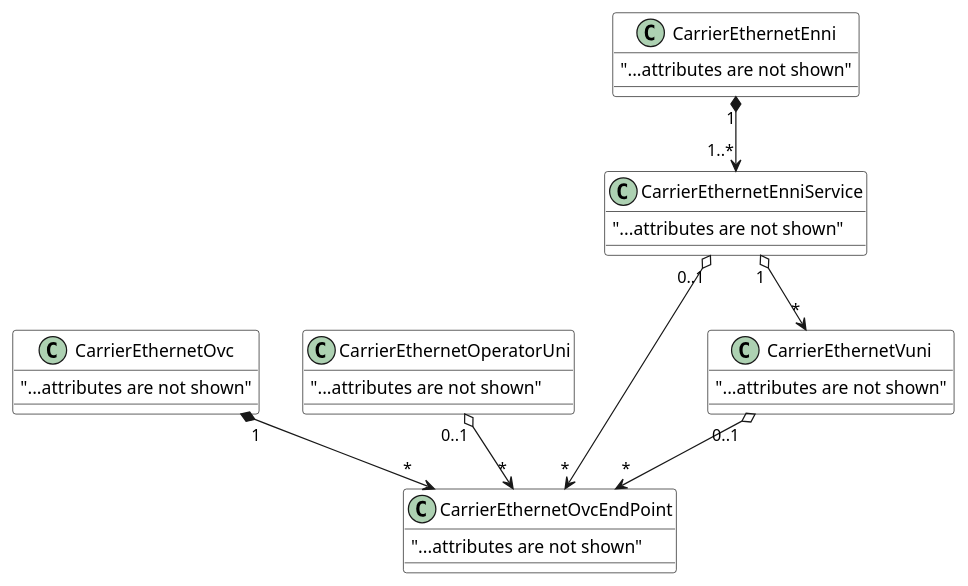
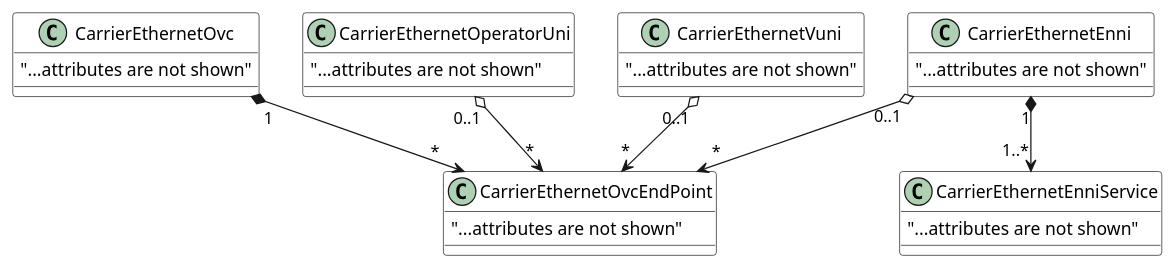
Before and after one commit to MEF-GIT/MEF-LSO-Legato-SDK: the diagram in serviceSchema/carrierEthernet/uml/operatorEthernetModel.puml, drawn with PlantUML. The commit also changed 712 other files, not shown here.

```diff
--- a/serviceSchema/carrierEthernet/uml/operatorEthernetModel.puml
+++ b/serviceSchema/carrierEthernet/uml/operatorEthernetModel.puml
@@ -1,39 +1,39 @@
 @startuml
 skinparam {
     ClassBackgroundColor White
     ClassBorderColor Black
 }
 
 
 class CarrierEthernetOvc {
     "...attributes are not shown"
 }
 
 class CarrierEthernetOvcEndPoint {
     "...attributes are not shown"
 }
 
 class CarrierEthernetOperatorUni {
     "...attributes are not shown"
 }
 
 class CarrierEthernetEnniService {
     "...attributes are not shown"
 }
 
 class CarrierEthernetEnni {
     "...attributes are not shown"
 }
 
 class CarrierEthernetVuni {
     "...attributes are not shown"
 }
 
 CarrierEthernetOvc "1" *-->"*" CarrierEthernetOvcEndPoint
 CarrierEthernetOperatorUni "0..1" o-->"*" CarrierEthernetOvcEndPoint
-CarrierEthernetEnniService "0..1" o-->"*" CarrierEthernetOvcEndPoint
+CarrierEthernetEnni "0..1" o-->"*" CarrierEthernetOvcEndPoint
 CarrierEthernetVuni "0..1" o-->"*" CarrierEthernetOvcEndPoint
 CarrierEthernetEnni "1" *-->"1..*" CarrierEthernetEnniService
-CarrierEthernetEnniService "1" o-->"*" CarrierEthernetVuni
+
 
 @enduml
```
